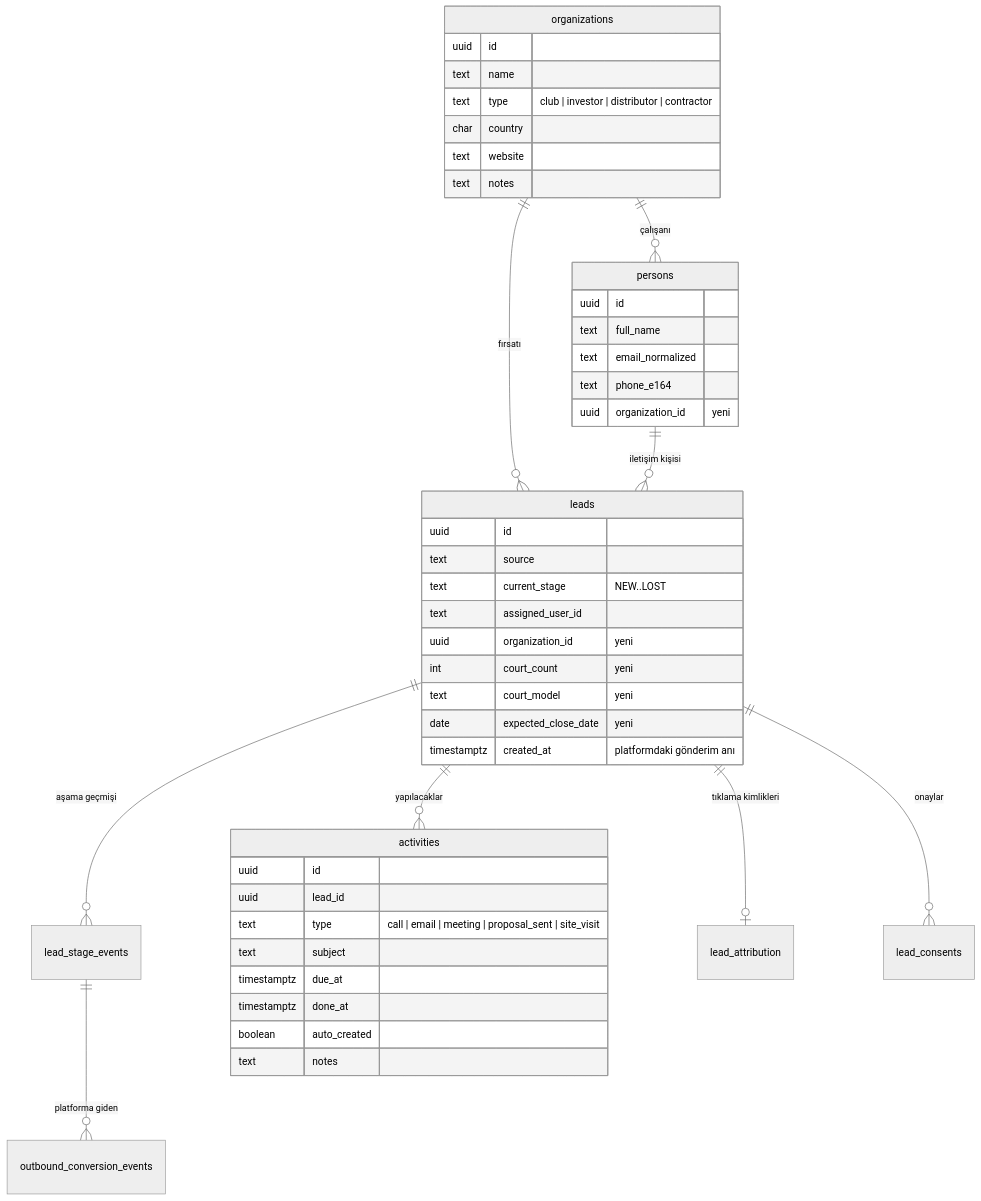
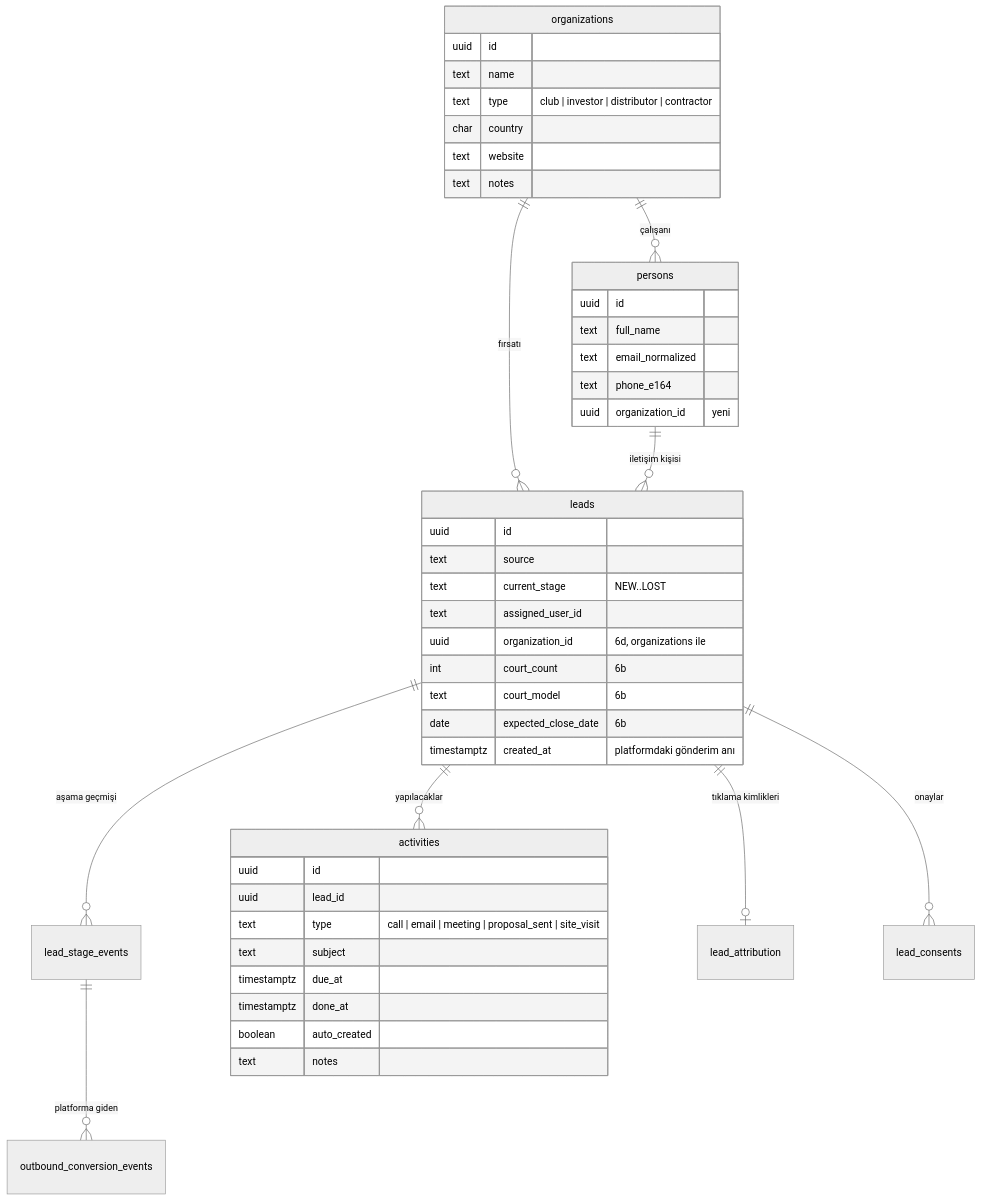
One commit to UnixPadel/SalesCRM changed the second of 6 diagrams in docs/yol-haritasi.md. Above: the diagram before and after it, drawn with Mermaid (neutral theme). The commit also changed other lines of this file and 5 other files, not shown here.

Commit message:
docs: Faz 6b kabul raporu, README Faz 6b bölümü, yol haritası (durum, kararlar 5–6, ER notu), ADR-0013 eki, decisions 24, EUR_RATES örneği

````diff
--- a/docs/yol-haritasi.md
+++ b/docs/yol-haritasi.md
@@ -64,48 +64,48 @@
 ```mermaid
 erDiagram
   organizations ||--o{ persons : "çalışanı"
   organizations ||--o{ leads : "fırsatı"
   persons ||--o{ leads : "iletişim kişisi"
   leads ||--o{ lead_stage_events : "aşama geçmişi"
   leads ||--o{ activities : "yapılacaklar"
   leads ||--o| lead_attribution : "tıklama kimlikleri"
   leads ||--o{ lead_consents : "onaylar"
   lead_stage_events ||--o{ outbound_conversion_events : "platforma giden"
 
   organizations {
     uuid id
     text name
     text type "club | investor | distributor | contractor"
     char country
     text website
     text notes
   }
   persons {
     uuid id
     text full_name
     text email_normalized
     text phone_e164
     uuid organization_id "yeni"
   }
   leads {
     uuid id
     text source
     text current_stage "NEW..LOST"
     text assigned_user_id
-    uuid organization_id "yeni"
-    int court_count "yeni"
-    text court_model "yeni"
-    date expected_close_date "yeni"
+    uuid organization_id "6d, organizations ile"
+    int court_count "6b"
+    text court_model "6b"
+    date expected_close_date "6b"
     timestamptz created_at "platformdaki gönderim anı"
   }
   activities {
     uuid id
     uuid lead_id
     text type "call | email | meeting | proposal_sent | site_visit"
     text subject
     timestamptz due_at
     timestamptz done_at
     boolean auto_created
     text notes
   }
 ```
````
